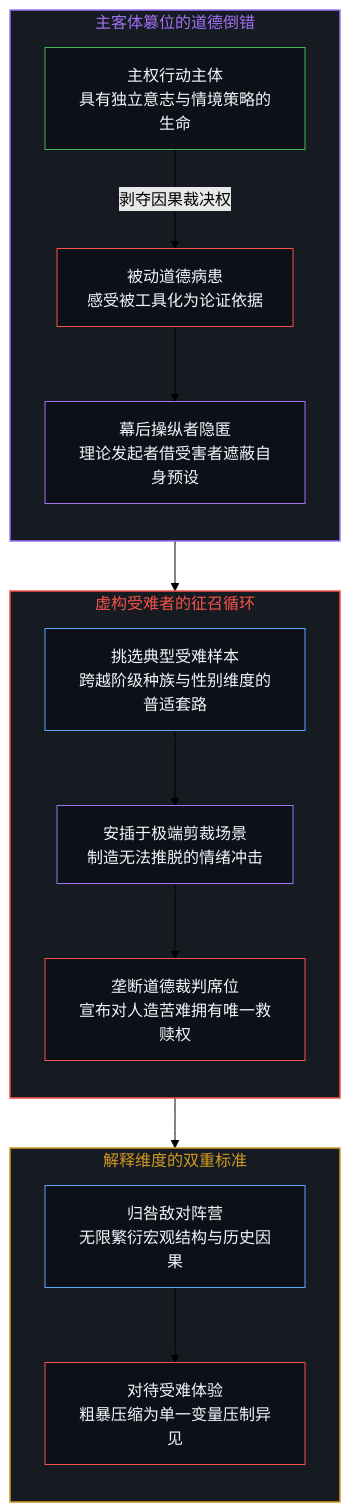
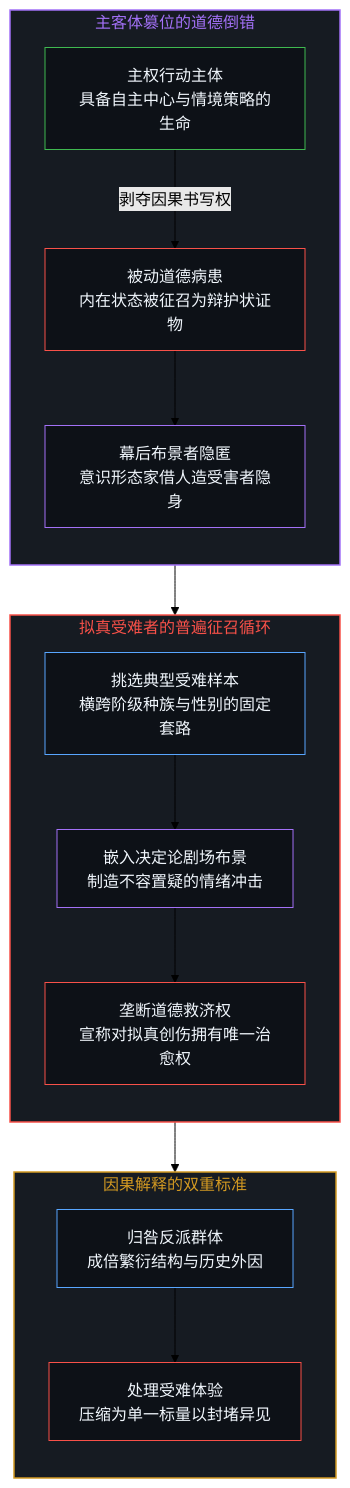
The third of 4 diagrams in content/posts/the-moral-reversal-and-the-scripted-subject.md (powerpig99/not-a-toe), drawn with Mermaid (forest theme) before and after one commit. The commit also changed other lines of this file and 7 other files, not shown here.

````diff
--- a/content/posts/the-moral-reversal-and-the-scripted-subject.md
+++ b/content/posts/the-moral-reversal-and-the-scripted-subject.md
@@ -125,35 +115,30 @@
 ```mermaid
 graph TD
     subgraph S_MoralInversion ["主客体篡位的道德倒错"]
         direction TB
-        MI1["主权行动主体<br/>具有独立意志与情境策略的生命"] -->|"剥夺因果裁决权"| MI2["被动道德病患<br/>感受被工具化为论证依据"]
-        MI2 --> MI3["幕后操纵者隐匿<br/>理论发起者借受害者遮蔽自身预设"]
+        MI1["主权行动主体<br/>具备自主中心与情境策略的生命"] -->|"剥夺因果书写权"| MI2["被动道德病患<br/>内在状态被征召为辩护状证物"]
+        MI2 --> MI3["幕后布景者隐匿<br/>意识形态家借人造受害者隐身"]
     end
-
-    subgraph S_Conscription ["虚构受难者的征召循环"]
+    subgraph S_Conscription ["拟真受难者的普遍征召循环"]
         direction TB
-        CO1["挑选典型受难样本<br/>跨越阶级种族与性别维度的普适套路"] --> CO2["安插于极端剪裁场景<br/>制造无法推脱的情绪冲击"]
-        CO2 --> CO3["垄断道德裁判席位<br/>宣布对人造苦难拥有唯一救赎权"]
+        CO1["挑选典型受难样本<br/>横跨阶级种族与性别的固定套路"] --> CO2["嵌入决定论剧场布景<br/>制造不容置疑的情绪冲击"]
+        CO2 --> CO3["垄断道德救济权<br/>宣称对拟真创伤拥有唯一治愈权"]
     end
-
-    subgraph S_CausalDoubleStandard ["解释维度的双重标准"]
+    subgraph S_CausalDoubleStandard ["因果解释的双重标准"]
         direction TB
-        DS1["归咎敌对阵营<br/>无限繁衍宏观结构与历史因果"] --> DS2["对待受难体验<br/>粗暴压缩为单一变量压制异见"]
+        DS1["归咎反派群体<br/>成倍繁衍结构与历史外因"] --> DS2["处理受难体验<br/>压缩为单一标量以封堵异见"]
     end
-
     MI3 --> CO1
     CO3 --> DS1
-
     style S_MoralInversion fill:#161b22,stroke:#a371f7,stroke-width:1.5px,color:#a371f7
     style S_Conscription fill:#161b22,stroke:#f85149,stroke-width:1.5px,color:#f85149
     style S_CausalDoubleStandard fill:#161b22,stroke:#d29922,stroke-width:1.5px,color:#d29922
-
     style MI1 fill:#0d1117,stroke:#3fb950,stroke-width:1px,color:#f0f6fc
     style MI2 fill:#0d1117,stroke:#f85149,stroke-width:1px,color:#f0f6fc
     style MI3 fill:#0d1117,stroke:#a371f7,stroke-width:1px,color:#f0f6fc
     style CO1 fill:#0d1117,stroke:#58a6ff,stroke-width:1px,color:#f0f6fc
     style CO2 fill:#0d1117,stroke:#a371f7,stroke-width:1px,color:#f0f6fc
     style CO3 fill:#0d1117,stroke:#f85149,stroke-width:1px,color:#f0f6fc
     style DS1 fill:#0d1117,stroke:#58a6ff,stroke-width:1px,color:#f0f6fc
     style DS2 fill:#0d1117,stroke:#f85149,stroke-width:1px,color:#f0f6fc
 ```
````
